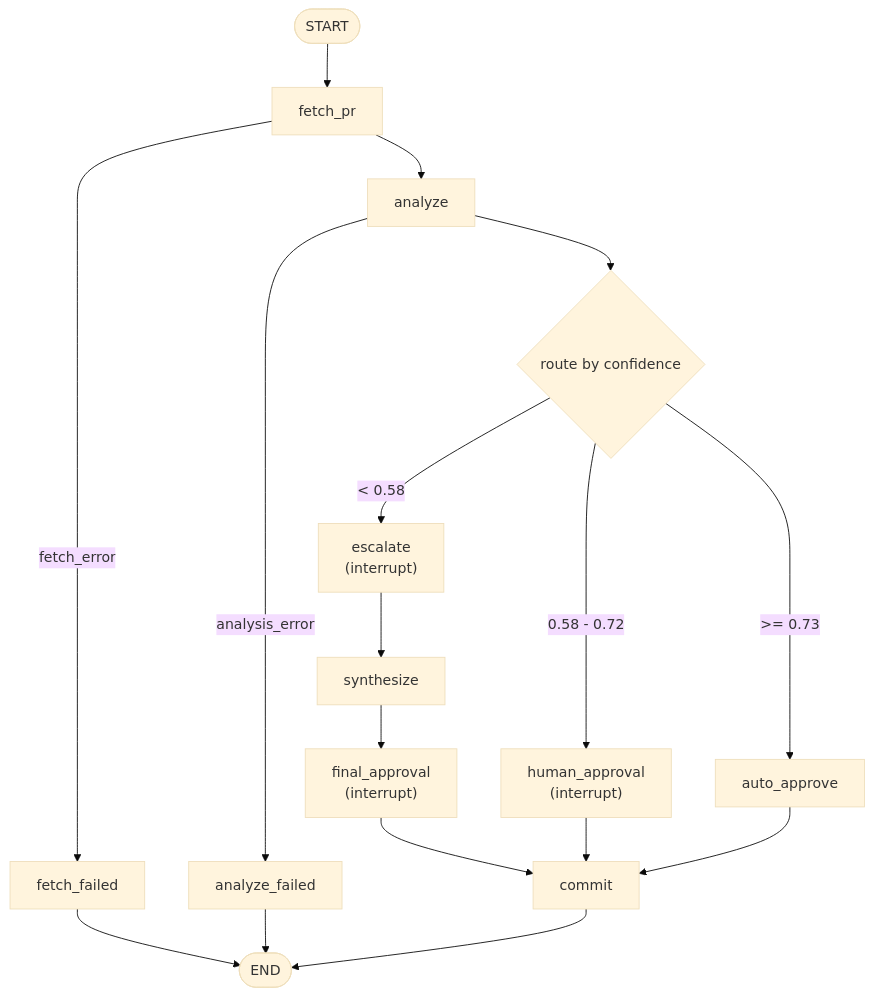
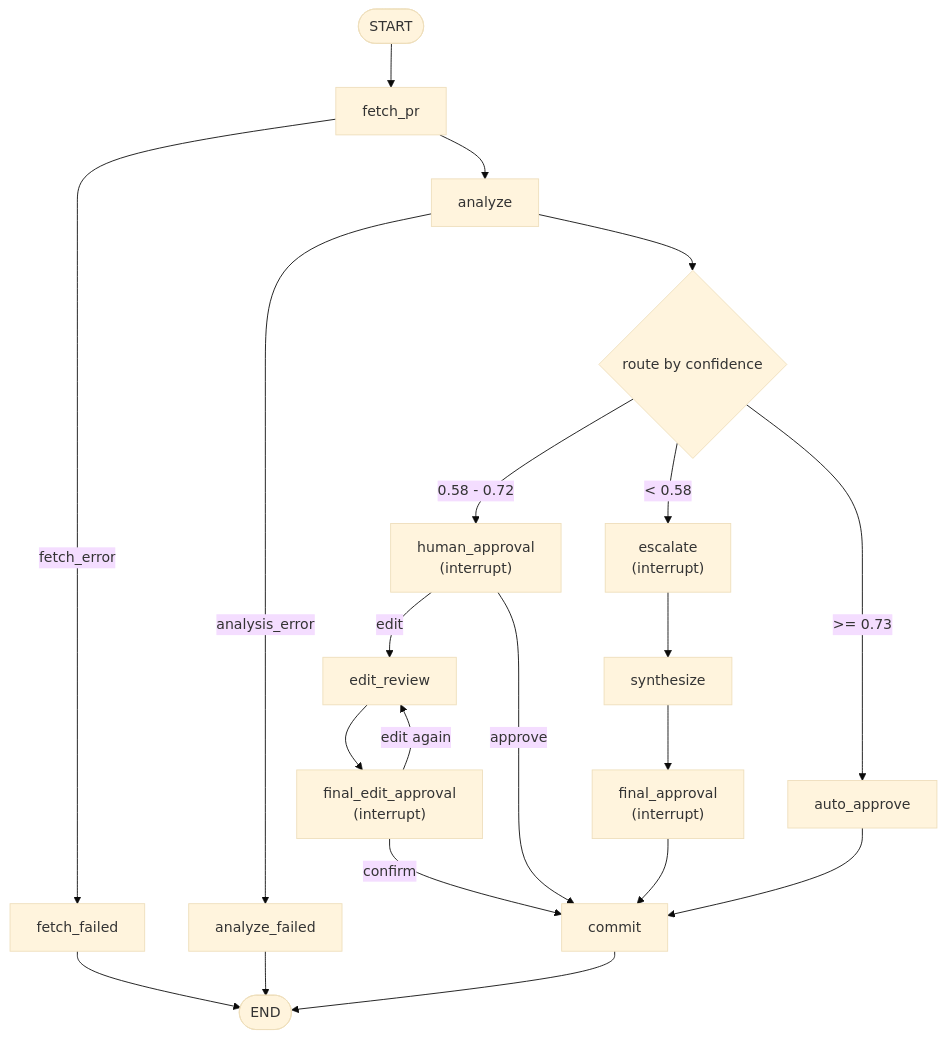
One commit to TaVanTuan24/KX-DAY27-TaVanTuan-2A202602806 changed the diagram in README.md. Above: the diagram before and after it, drawn with Mermaid (base theme). The commit also changed other lines of this file and 23 other files, not shown here.

````diff
--- a/README.md
+++ b/README.md
@@ -79,19 +79,23 @@
 ```mermaid
 flowchart TD
     Start([START]) --> Fetch[fetch_pr]
     Fetch -- "fetch_error" --> FetchFail[fetch_failed]
     Fetch --> Analyze[analyze]
     Analyze -- "analysis_error" --> AnalyzeFail[analyze_failed]
     Analyze --> Route{route by confidence}
     Route -- ">= 0.73" --> Auto[auto_approve]
     Route -- "0.58 - 0.72" --> Human["human_approval<br/>(interrupt)"]
     Route -- "< 0.58" --> Escalate["escalate<br/>(interrupt)"]
+    Human -- edit --> Edit["edit_review"]
+    Edit --> EditGate["final_edit_approval<br/>(interrupt)"]
+    EditGate -- "edit again" --> Edit
+    EditGate -- confirm --> Commit
     Escalate --> Synth[synthesize]
     Synth --> Final["final_approval<br/>(interrupt)"]
-    Final --> Commit[commit]
-    Human --> Commit
+    Human -- approve --> Commit[commit]
+    Final --> Commit
     Auto --> Commit
     FetchFail --> Stop([END])
     AnalyzeFail --> Stop
     Commit --> Stop
 ```
````
